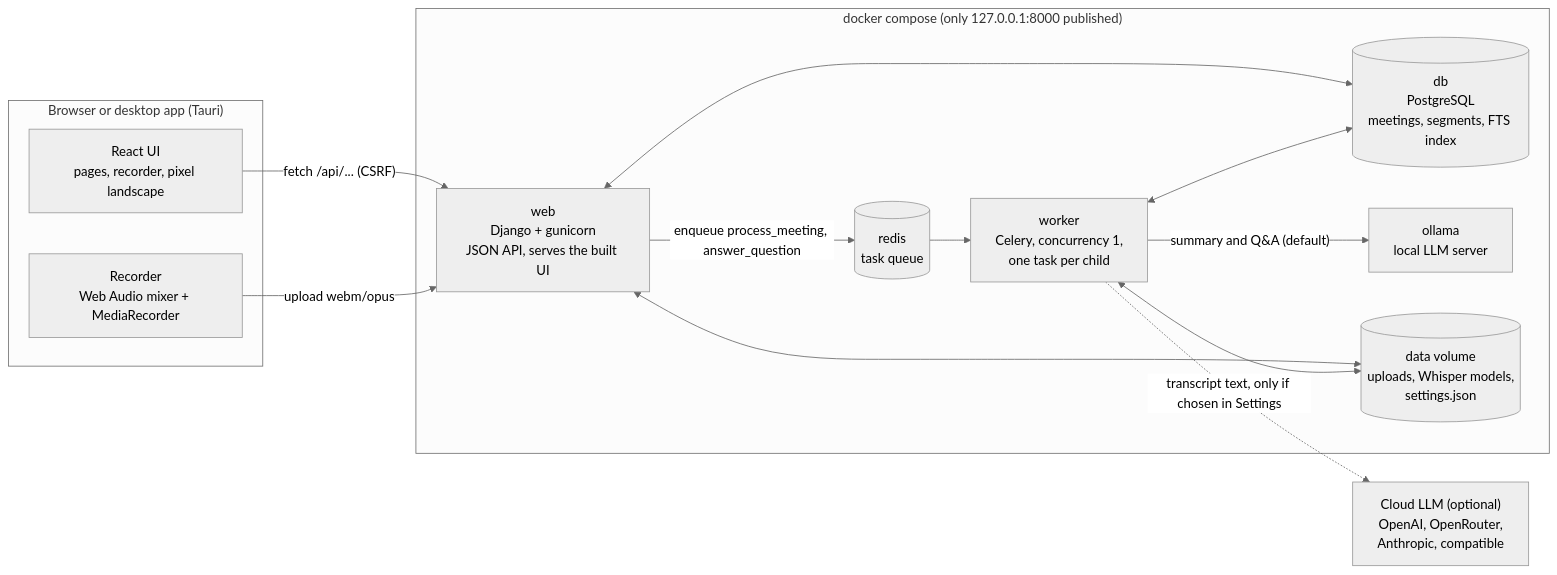
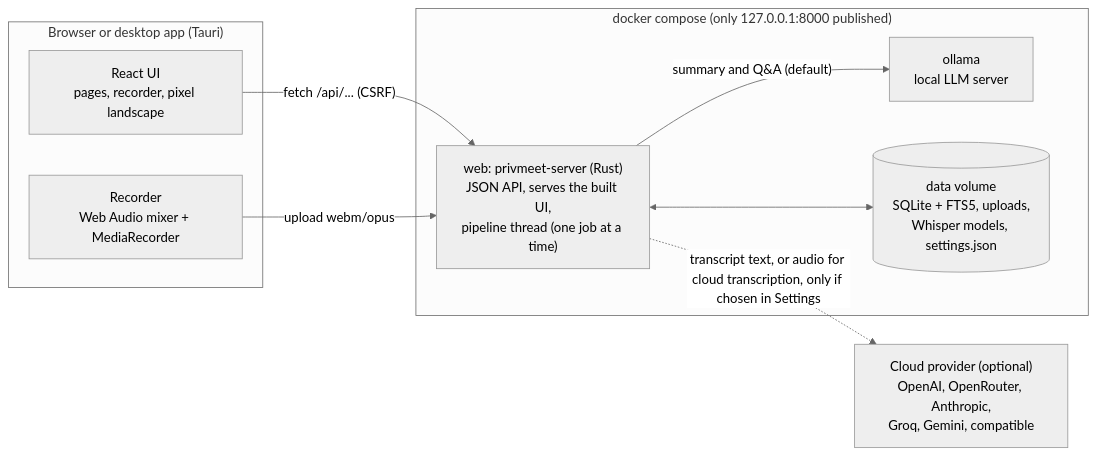
The first of 3 diagrams in docs/ARCHITECTURE.md (kashish1809/PrivMeet), drawn with Mermaid (neutral theme) before and after one commit. The commit also changed other lines of this file and 6 other files, not shown here.

````diff
--- a/docs/ARCHITECTURE.md
+++ b/docs/ARCHITECTURE.md
@@ -11,29 +13,21 @@
 ```mermaid
 flowchart LR
   subgraph Client["Browser or desktop app (Tauri)"]
     UI["React UI<br/>pages, recorder, pixel landscape"]
     REC["Recorder<br/>Web Audio mixer + MediaRecorder"]
   end
 
   subgraph Stack["docker compose (only 127.0.0.1:8000 published)"]
-    WEB["web<br/>Django + gunicorn<br/>JSON API, serves the built UI"]
-    WORKER["worker<br/>Celery, concurrency 1,<br/>one task per child"]
-    REDIS[("redis<br/>task queue")]
-    DB[("db<br/>PostgreSQL<br/>meetings, segments, FTS index")]
+    WEB["web: privmeet-server (Rust)<br/>JSON API, serves the built UI,<br/>pipeline thread (one job at a time)"]
     OLLAMA["ollama<br/>local LLM server"]
-    VOL[("data volume<br/>uploads, Whisper models,<br/>settings.json")]
+    VOL[("data volume<br/>SQLite + FTS5, uploads,<br/>Whisper models, settings.json")]
   end
 
-  CLOUD["Cloud LLM (optional)<br/>OpenAI, OpenRouter,<br/>Anthropic, compatible"]
+  CLOUD["Cloud provider (optional)<br/>OpenAI, OpenRouter, Anthropic,<br/>Groq, Gemini, compatible"]
 
   UI -->|"fetch /api/... (CSRF)"| WEB
   REC -->|"upload webm/opus"| WEB
-  WEB -->|"enqueue process_meeting, answer_question"| REDIS
-  REDIS --> WORKER
-  WEB <--> DB
-  WORKER <--> DB
   WEB <--> VOL
-  WORKER <--> VOL
-  WORKER -->|"summary and Q&A (default)"| OLLAMA
-  WORKER -.->|"transcript text, only if chosen in Settings"| CLOUD
+  WEB -->|"summary and Q&A (default)"| OLLAMA
+  WEB -.->|"transcript text, or audio for cloud transcription, only if chosen in Settings"| CLOUD
 ```
````
